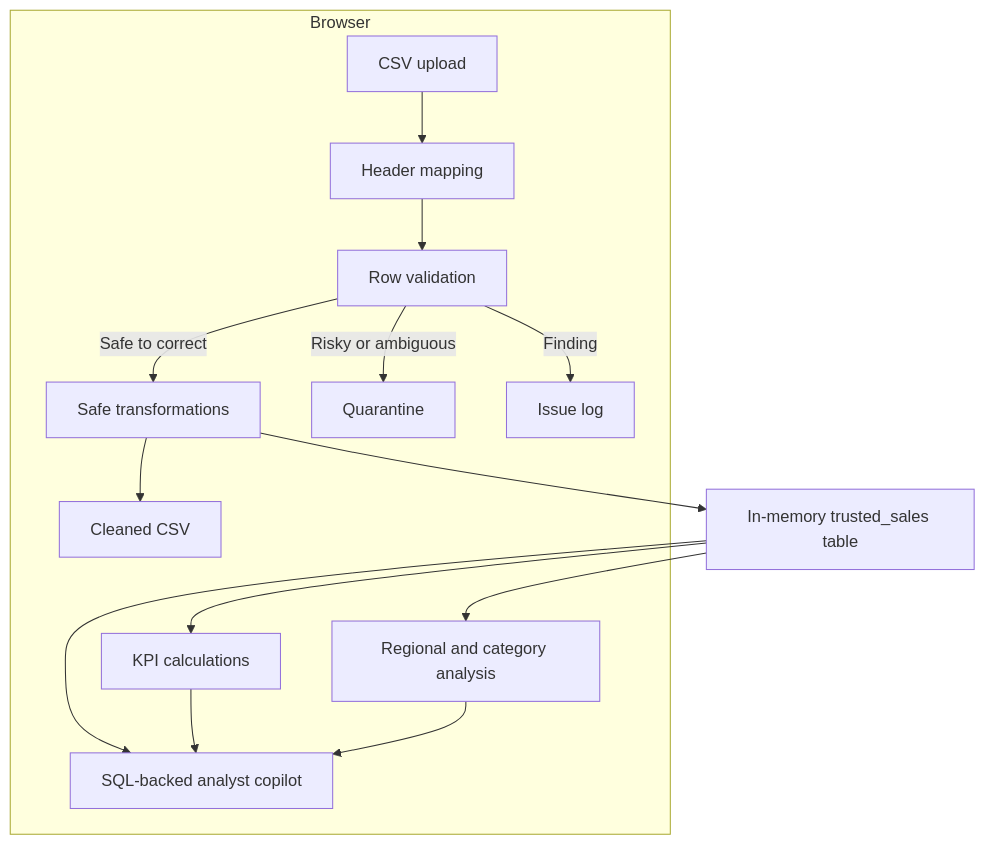
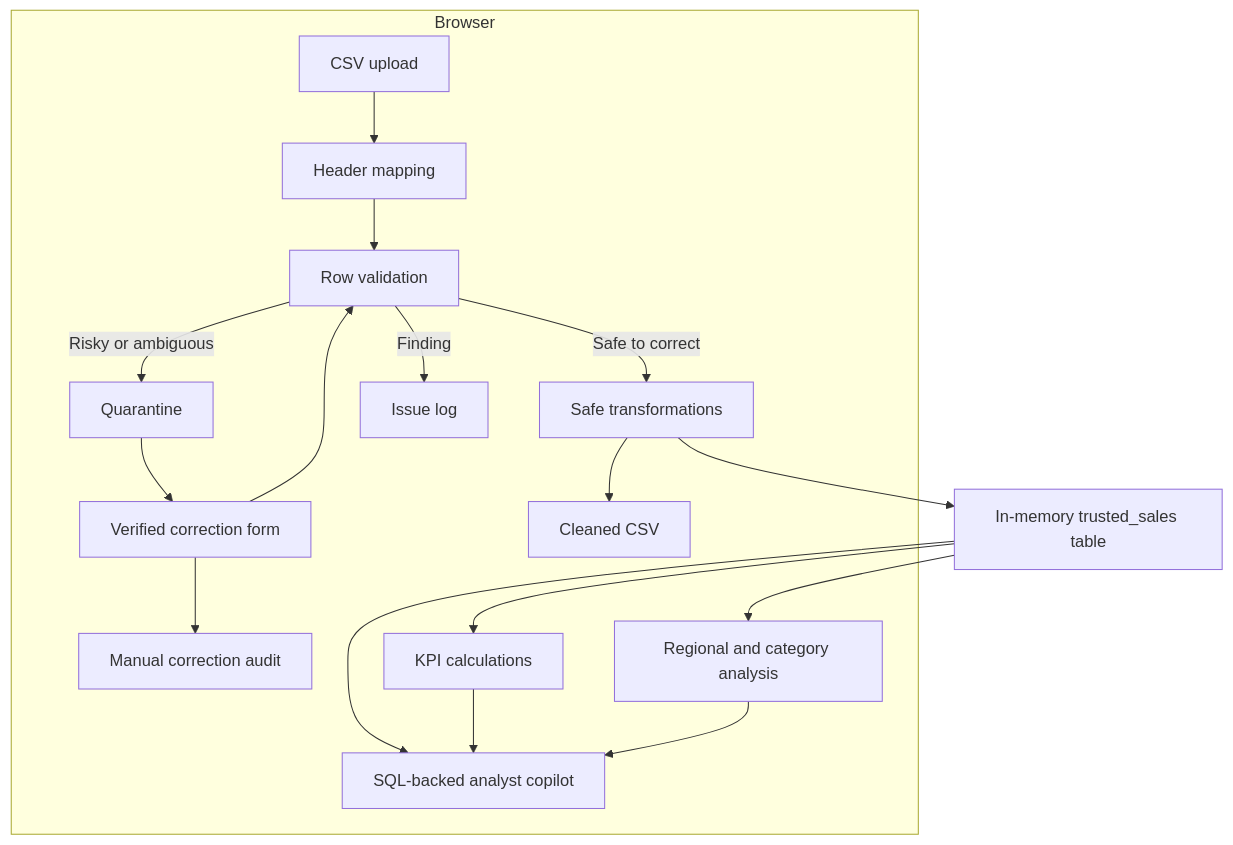
Before and after one commit to krishnamvwala/pulseops-forward-deployed-analytics: the diagram in docs/PROJECT_REPORT.md, drawn with Mermaid. The commit also changed other lines of this file and 6 other files, not shown here.

````diff
--- a/docs/PROJECT_REPORT.md
+++ b/docs/PROJECT_REPORT.md
@@ -43,27 +44,31 @@
 ```mermaid
 flowchart TB
     subgraph Browser
         A[CSV upload]
         B[Header mapping]
         C[Row validation]
         D[Safe transformations]
         I[Quarantine]
+        L[Verified correction form]
+        M[Manual correction audit]
         J[Cleaned CSV]
         E[KPI calculations]
         F[Regional and category analysis]
         G[SQL-backed analyst copilot]
         H[Issue log]
     end
 
     A --> B --> C
     C -->|Safe to correct| D
     C -->|Risky or ambiguous| I
+    I --> L --> C
+    L --> M
     C -->|Finding| H
     D --> K[In-memory trusted_sales table]
     K --> E
     K --> F
     K --> G
     D --> J
     E --> G
     F --> G
 ```
````
